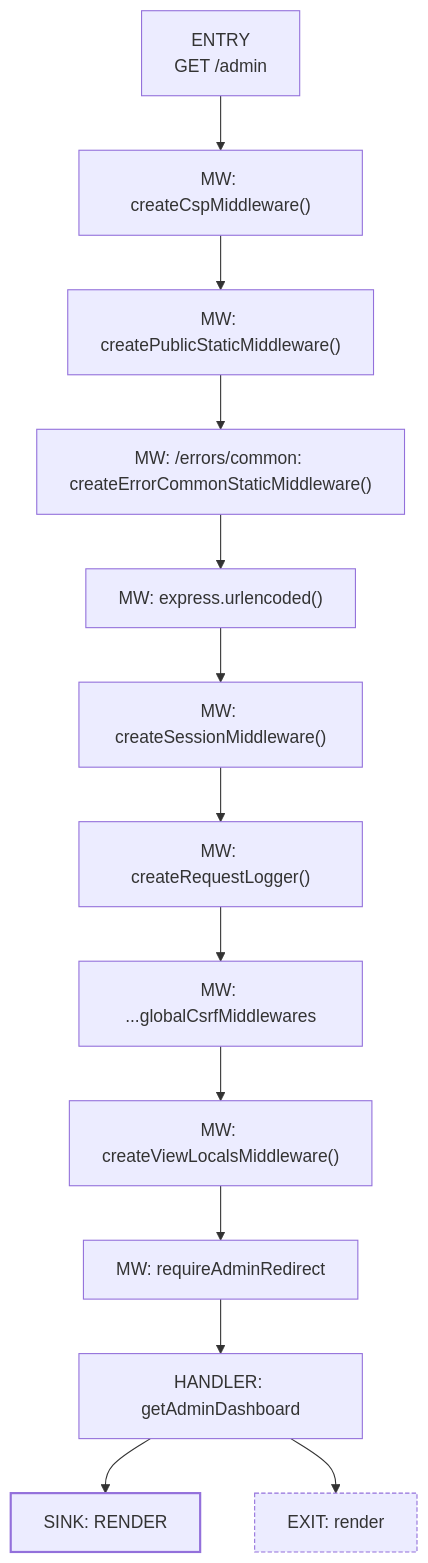
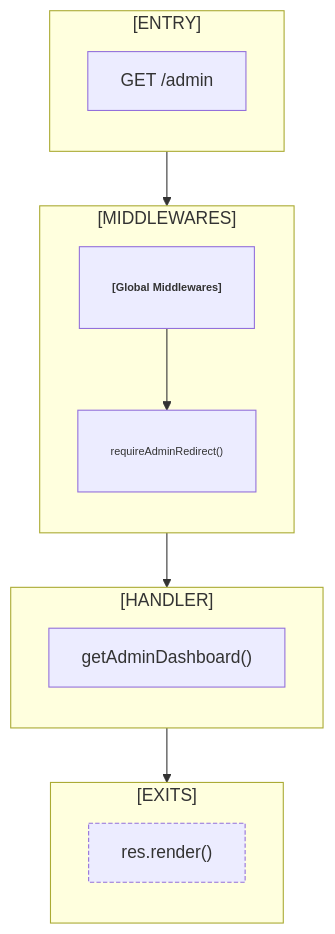
The diagram in docs/flowmap/flows/GET__admin.mmd (irondenker/my-code-my-kill), drawn with Mermaid before and after one commit. The commit also changed 93 other files, not shown here.

Commit message:
📚 Docs: Regenerate flowmap artifacts for updated endpoint maps

```diff
--- a/docs/flowmap/flows/GET__admin.mmd
+++ b/docs/flowmap/flows/GET__admin.mmd
@@ -1,18 +1,28 @@
 flowchart TD
-ENTRY["ENTRY\nGET /admin"]
-ENTRY --> MW1["MW: createCspMiddleware()"]
-MW1 --> MW2["MW: createPublicStaticMiddleware()"]
-MW2 --> MW3["MW: /errors/common: createErrorCommonStaticMiddleware()"]
-MW3 --> MW4["MW: express.urlencoded()"]
-MW4 --> MW5["MW: createSessionMiddleware()"]
-MW5 --> MW6["MW: createRequestLogger()"]
-MW6 --> MW7["MW: ...globalCsrfMiddlewares"]
-MW7 --> MW8["MW: createViewLocalsMiddleware()"]
-MW8 --> MW9["MW: requireAdminRedirect"]
-MW9 --> HANDLER["HANDLER: getAdminDashboard"]
-HANDLER --> SINK1["SINK: RENDER"]
-HANDLER --> EXIT1["EXIT: render"]
+subgraph ENTRY_BLOCK["[ENTRY]"]
+direction TB
+ENTRY["GET /admin"]
+end
+subgraph MIDDLEWARES["[MIDDLEWARES]"]
+direction TB
+MIDDLEWARE1["<b>[Global Middlewares]</b>"]
+MIDDLEWARE2["requireAdminRedirect()"]
+end
+ENTRY --> MIDDLEWARE1
+MIDDLEWARE1 --> MIDDLEWARE2
+subgraph HANDLER_BLOCK["[HANDLER]"]
+direction TB
+HANDLER["getAdminDashboard()"]
+end
+MIDDLEWARE2 --> HANDLER
+subgraph EXITS["[EXITS]"]
+direction TB
+EXIT1["res.render()"]
+end
+HANDLER --> EXIT1
+classDef middleware font-size:10px,padding:2px,stroke-width:1;
+classDef diagnostics stroke-dasharray: 2 2;
 classDef sink stroke-width:2;
 classDef exit stroke-dasharray: 4 2;
-class SINK1 sink;
+class MIDDLEWARE1,MIDDLEWARE2 middleware;
 class EXIT1 exit;
```
